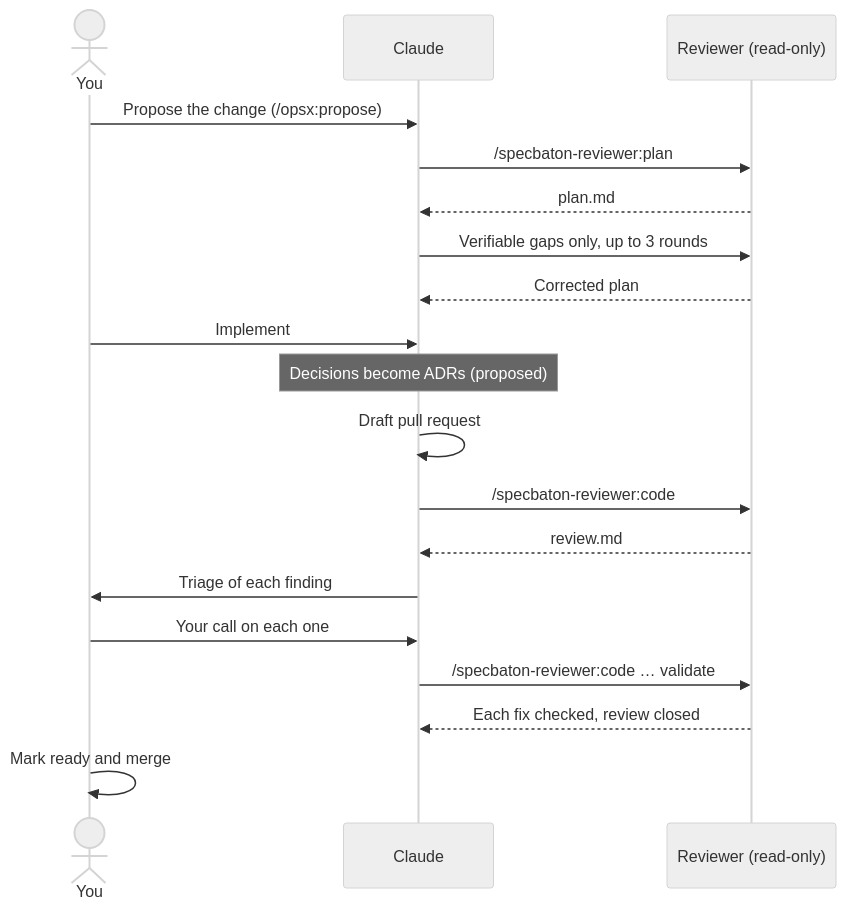
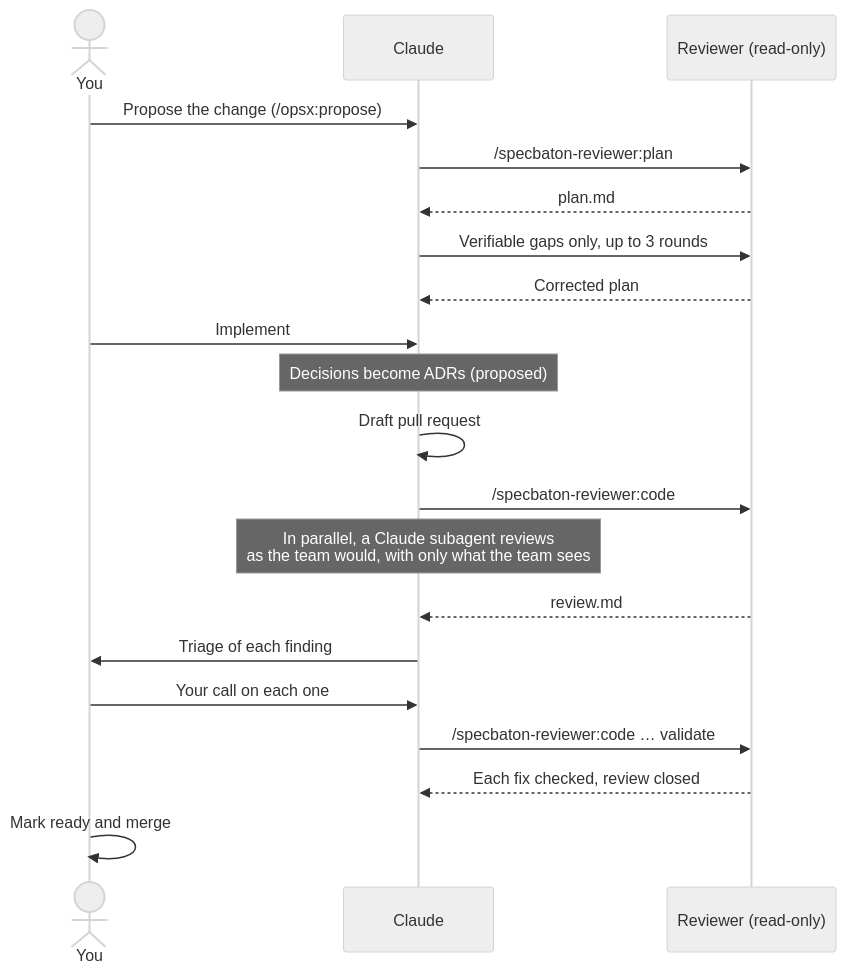
Before and after one commit to cvillanueva84/specbaton: the second of 2 diagrams in README.md, drawn with Mermaid (neutral theme). The commit also changed other lines of this file and 15 other files, not shown here.

````diff
--- a/README.md
+++ b/README.md
@@ -74,21 +74,22 @@
 ```mermaid
 sequenceDiagram
     actor You
     participant C as Claude
     participant R as Reviewer (read-only)
     You->>C: Propose the change (/opsx:propose)
     C->>R: /specbaton-reviewer:plan
     R-->>C: plan.md
     C->>R: Verifiable gaps only, up to 3 rounds
     R-->>C: Corrected plan
     You->>C: Implement
     Note over C: Decisions become ADRs (proposed)
     C->>C: Draft pull request
     C->>R: /specbaton-reviewer:code
+    Note over C: In parallel, a Claude subagent reviews<br/>as the team would, with only what the team sees
     R-->>C: review.md
     C->>You: Triage of each finding
     You->>C: Your call on each one
     C->>R: /specbaton-reviewer:code … validate
     R-->>C: Each fix checked, review closed
     You->>You: Mark ready and merge
 ```
````
